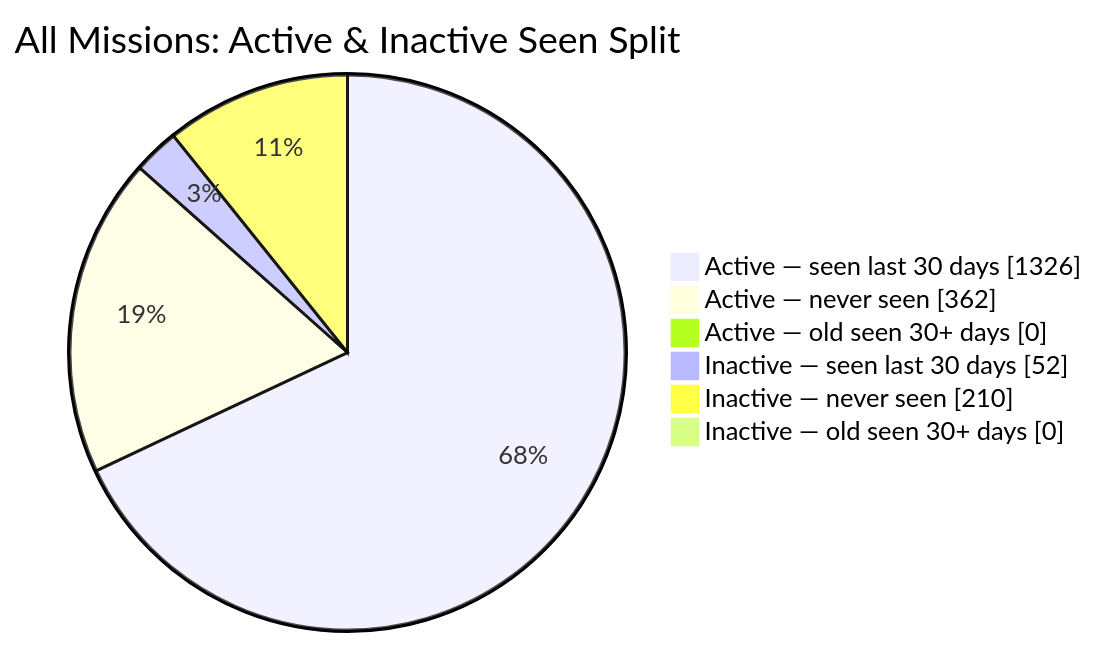
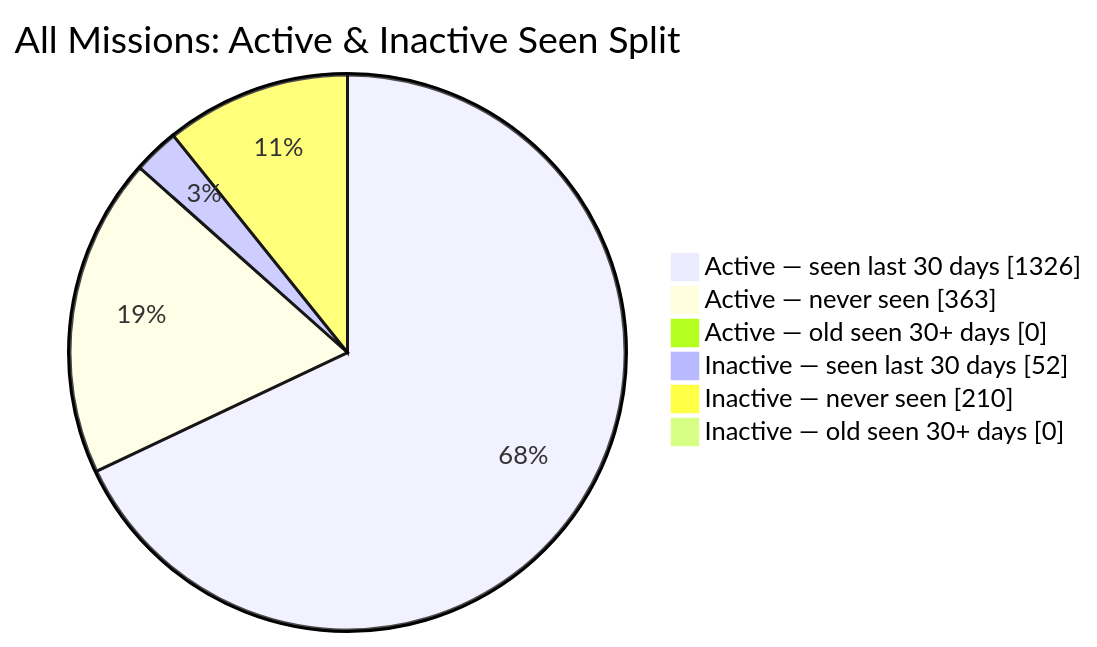
The second of 2 diagrams in README.md (MeldkamerspelGameTeam/active-missions), drawn with Mermaid before and after one commit. The commit also changed other lines of this file and 4 other files, not shown here.

````diff
--- a/README.md
+++ b/README.md
@@ -44,10 +44,10 @@
 ```mermaid
 pie showData
     title All Missions: Active & Inactive Seen Split
     "Active — seen last 30 days" : 1326
-    "Active — never seen" : 362
+    "Active — never seen" : 363
     "Active — old seen 30+ days" : 0
     "Inactive — seen last 30 days" : 52
     "Inactive — never seen" : 210
     "Inactive — old seen 30+ days" : 0
 ```
````
